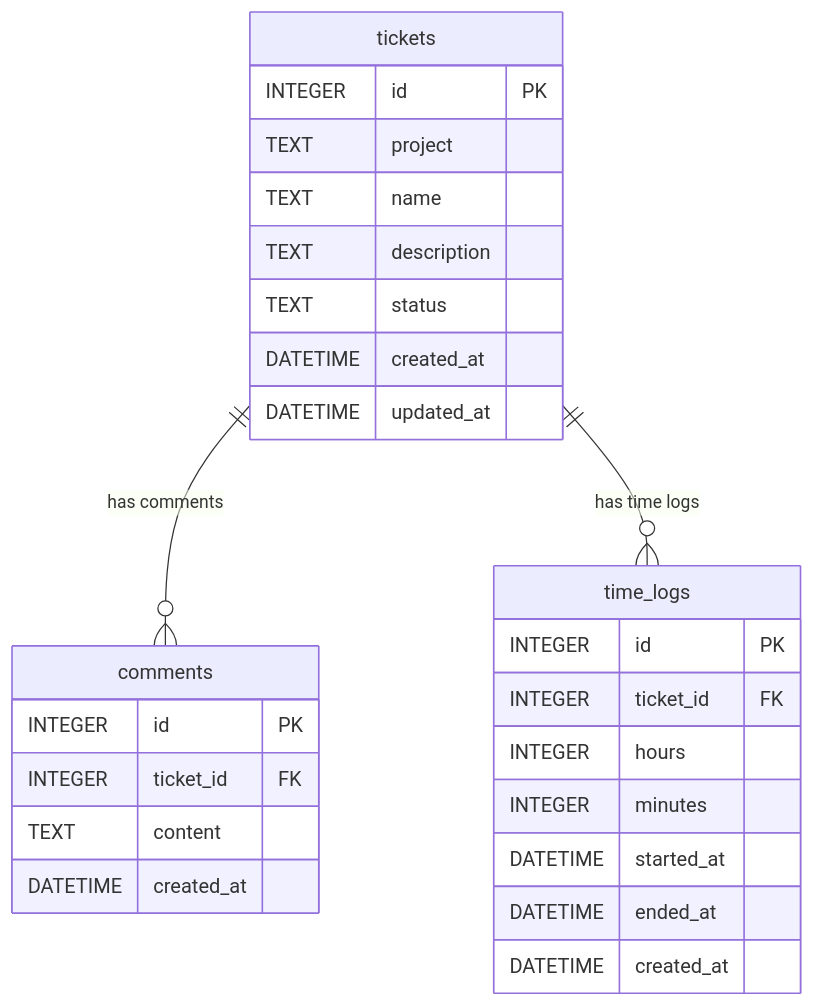
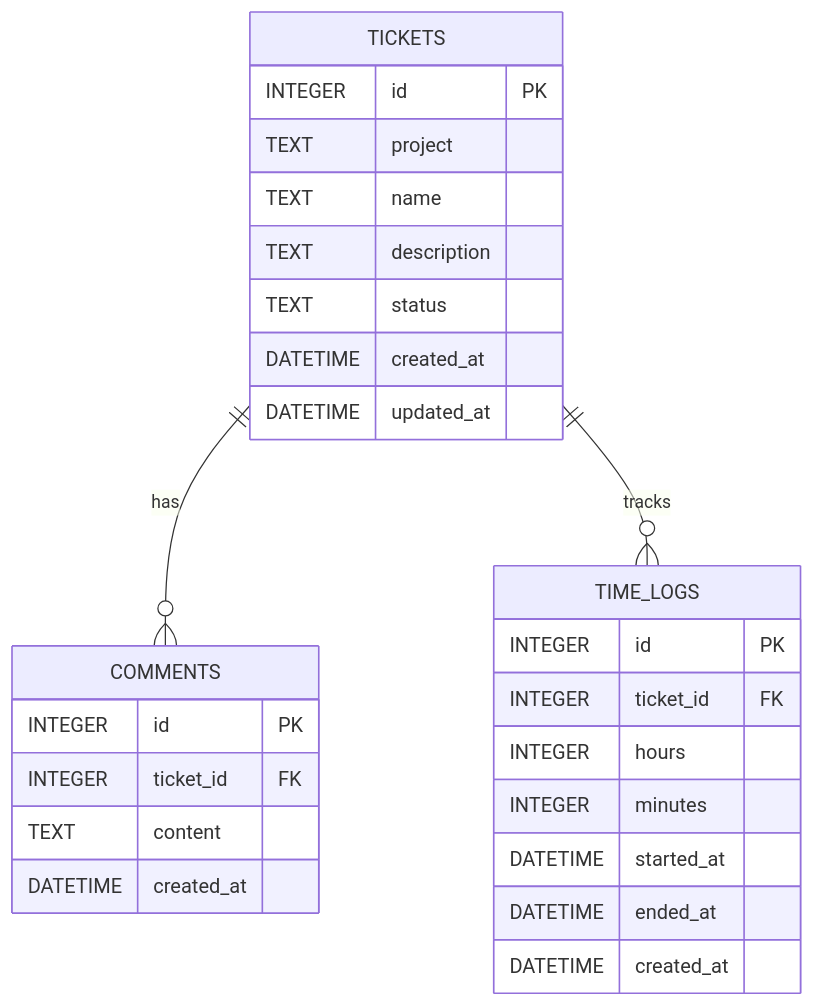
Before and after one commit to teranth/ltm: the eighth of 14 diagrams in architecture.md, drawn with Mermaid. The commit also changed other lines of this file and 3 other files, not shown here.

````diff
--- a/architecture.md
+++ b/architecture.md
@@ -264,32 +342,32 @@
 ```mermaid
 erDiagram
-    tickets {
+    TICKETS {
         INTEGER id PK
         TEXT project
         TEXT name
         TEXT description
         TEXT status
         DATETIME created_at
         DATETIME updated_at
     }
 
-    comments {
+    COMMENTS {
         INTEGER id PK
         INTEGER ticket_id FK
         TEXT content
         DATETIME created_at
     }
 
-    time_logs {
+    TIME_LOGS {
         INTEGER id PK
         INTEGER ticket_id FK
         INTEGER hours
         INTEGER minutes
         DATETIME started_at
         DATETIME ended_at
         DATETIME created_at
     }
 
-    tickets ||--o{ comments : "has comments"
-    tickets ||--o{ time_logs : "has time logs"
+    TICKETS ||--o{ COMMENTS : "has"
+    TICKETS ||--o{ TIME_LOGS : "tracks"
 ```
````
